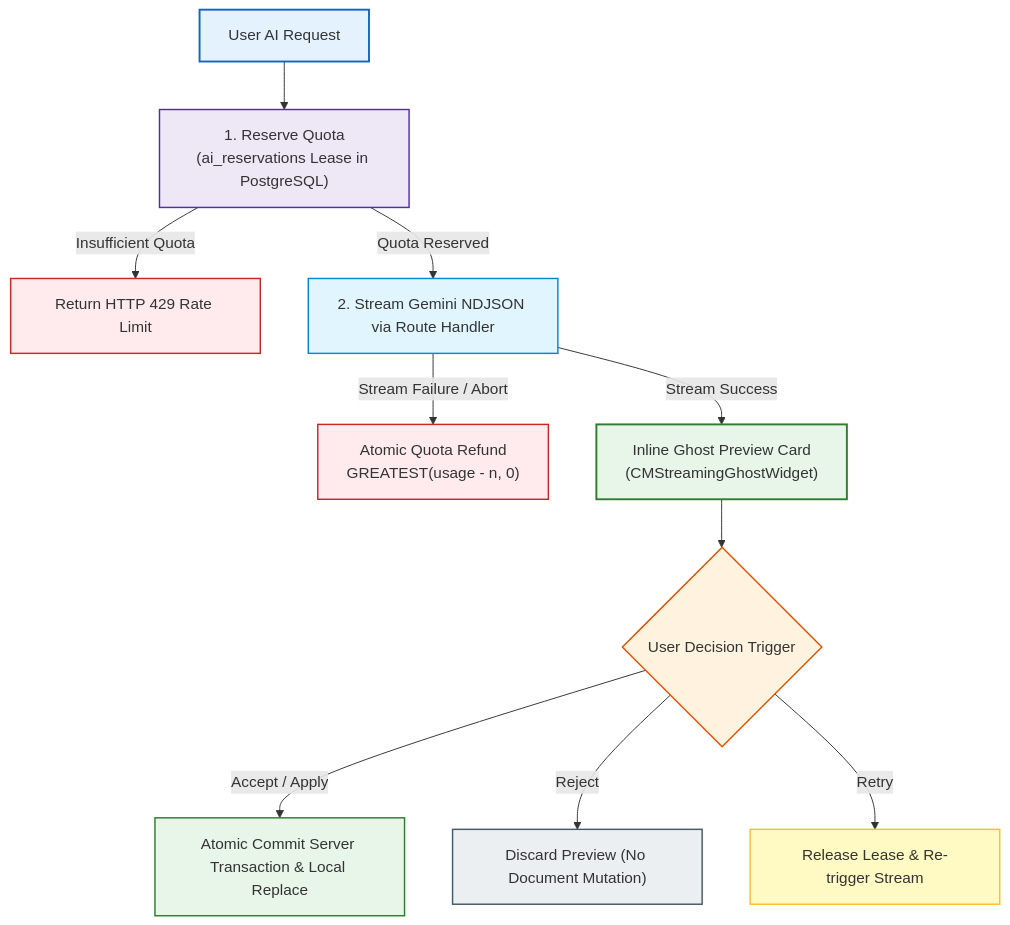
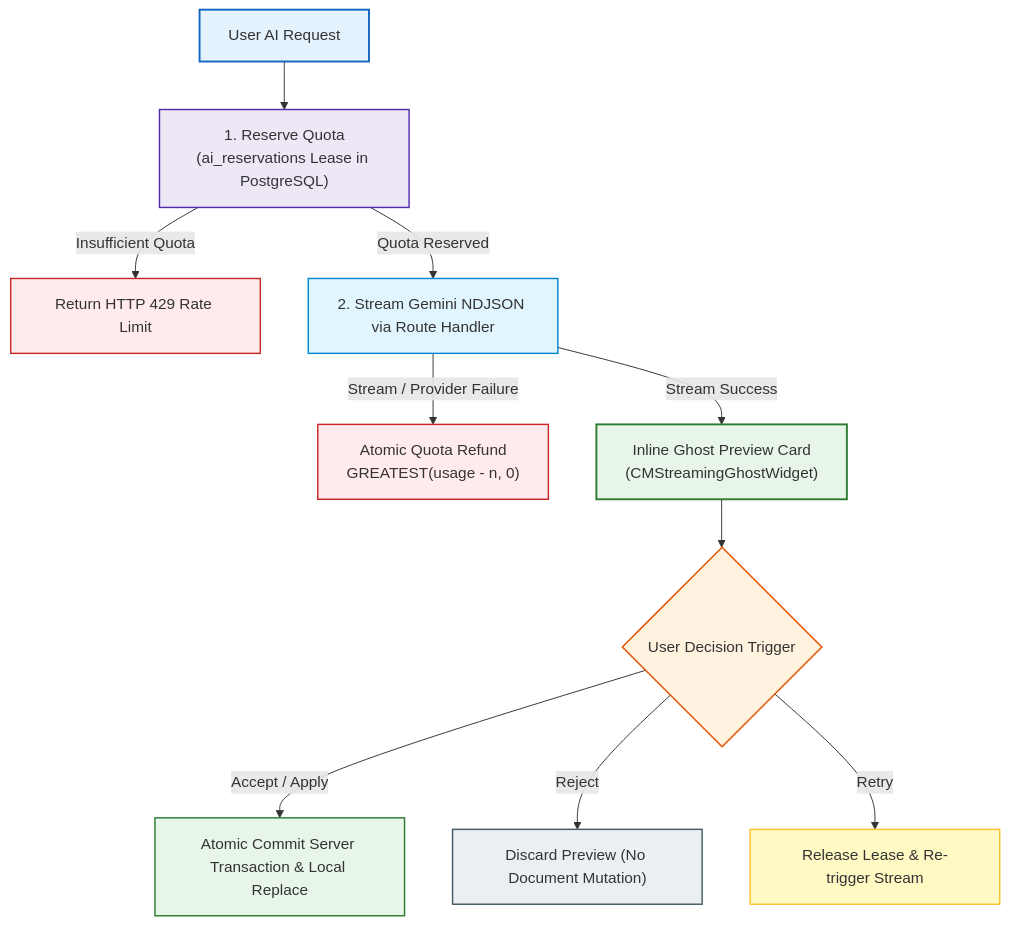
One commit to Abdullah931-stack/LUGX changed the second of 5 diagrams in README.md. Above: the diagram before and after it, drawn with Mermaid. The commit also changed other lines of this file and 7 other files, not shown here.

Commit message:
docs: synchronize architecture, reference specifications, and root README with codebase reality

````diff
--- a/README.md
+++ b/README.md
@@ -364,23 +367,23 @@
 ```mermaid
 flowchart TD
     A["User AI Request"] --> B["1. Reserve Quota<br/>(ai_reservations Lease in PostgreSQL)"]
     B -->|Insufficient Quota| C["Return HTTP 429 Rate Limit"]
     B -->|Quota Reserved| D["2. Stream Gemini NDJSON via Route Handler"]
-    D -->|Stream Failure / Abort| E["Atomic Quota Refund<br/>GREATEST(usage - n, 0)"]
+    D -->|Stream / Provider Failure| E["Atomic Quota Refund<br/>GREATEST(usage - n, 0)"]
     D -->|Stream Success| F["Inline Ghost Preview Card<br/>(CMStreamingGhostWidget)"]
     F --> G{"User Decision Trigger"}
     G -->|Accept / Apply| H["Atomic Commit Server Transaction & Local Replace"]
     G -->|Reject| I["Discard Preview (No Document Mutation)"]
     G -->|Retry| J["Release Lease & Re-trigger Stream"]
 
     style A fill:#E3F2FD,stroke:#1565C0,stroke-width:2px
     style B fill:#EDE7F6,stroke:#512DA8,stroke-width:1.5px
     style C fill:#FFEBEE,stroke:#C62828,stroke-width:1.5px
     style D fill:#E1F5FE,stroke:#0288D1,stroke-width:1.5px
     style E fill:#FFEBEE,stroke:#C62828,stroke-width:1.5px
     style F fill:#E8F5E9,stroke:#2E7D32,stroke-width:2px
     style G fill:#FFF3E0,stroke:#E65100,stroke-width:1.5px
     style H fill:#E8F5E9,stroke:#2E7D32,stroke-width:1.5px
     style I fill:#ECEFF1,stroke:#455A64,stroke-width:1.5px
     style J fill:#FFF9C4,stroke:#FBC02D,stroke-width:1.5px
 ```
````
